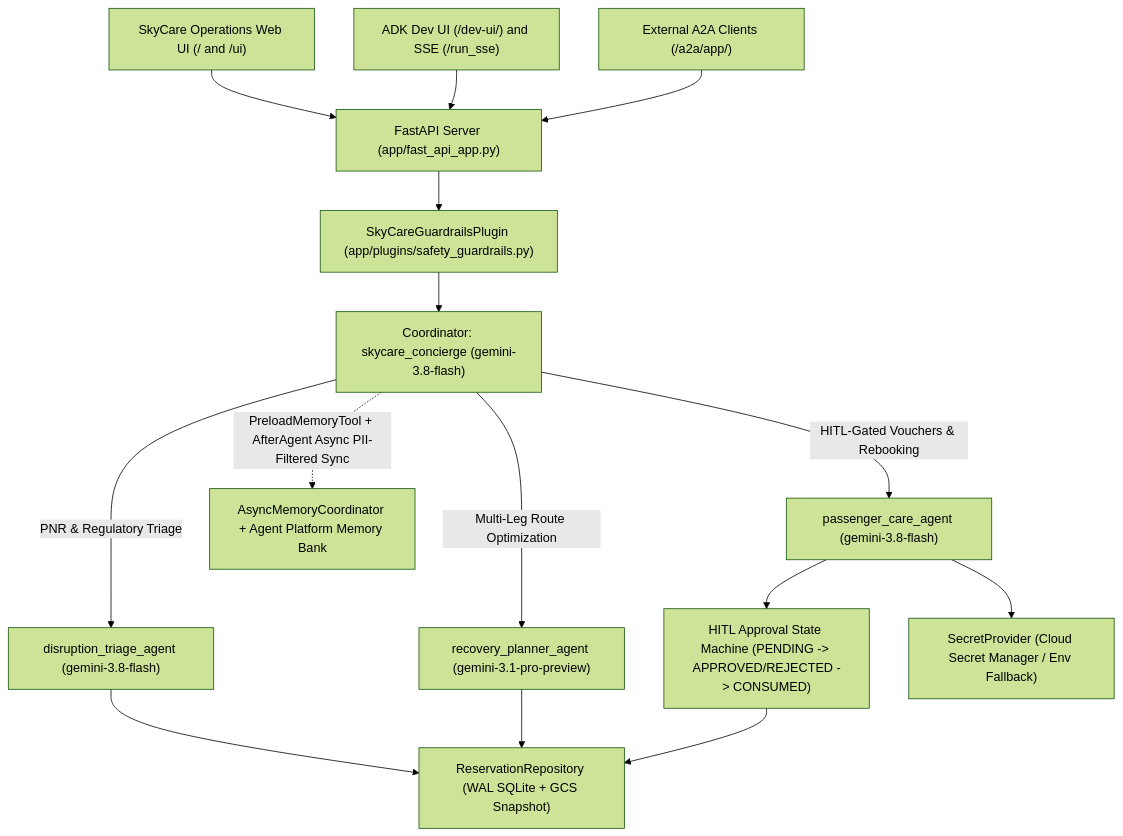
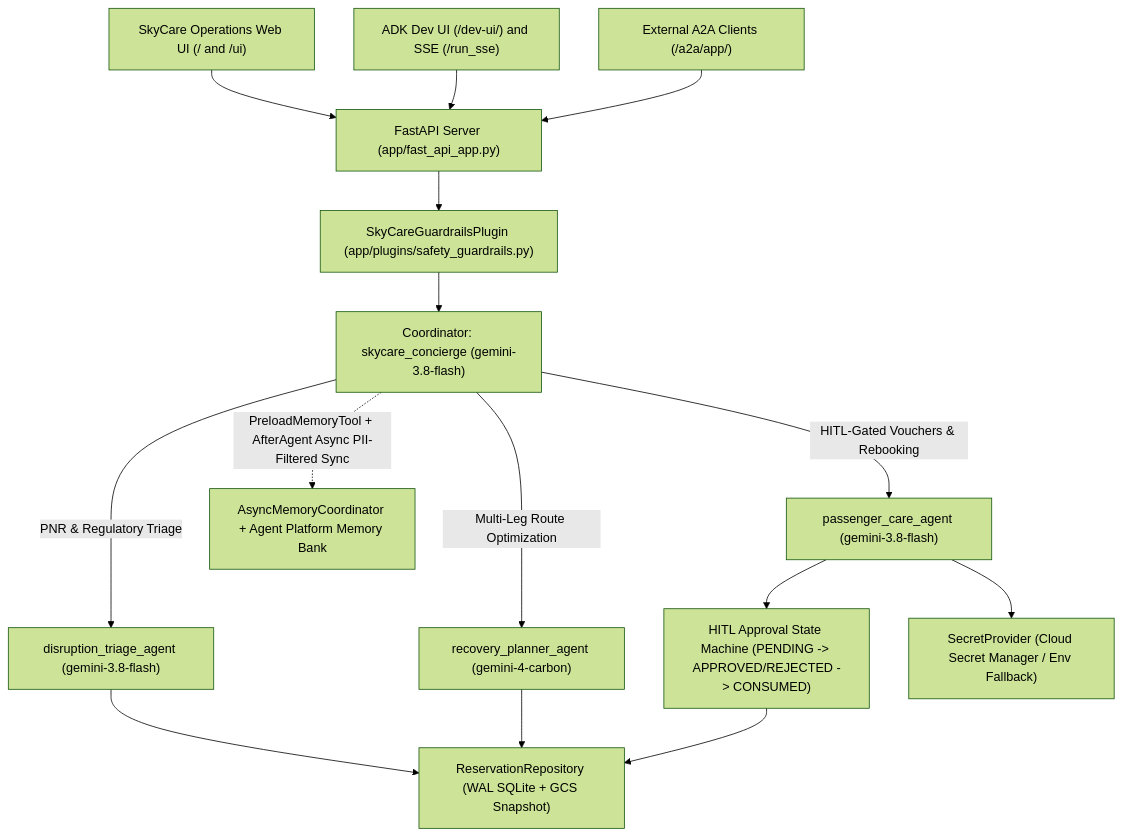
One commit to tpiaggio/skycare-concierge changed the first of 2 diagrams in docs/ARCHITECTURE.md. Above: the diagram before and after it, drawn with Mermaid (forest theme). The commit also changed other lines of this file and 9 other files, not shown here.

Commit message:
Upgrade Pro planner model from gemini-3.1-pro-preview to gemini-4-carbon

````diff
--- a/docs/ARCHITECTURE.md
+++ b/docs/ARCHITECTURE.md
@@ -7,20 +7,20 @@
 ```mermaid
 flowchart TB
     UI["SkyCare Operations Web UI (/ and /ui)"] --> API["FastAPI Server (app/fast_api_app.py)"]
     ADKUI["ADK Dev UI (/dev-ui/) and SSE (/run_sse)"] --> API
     A2A["External A2A Clients (/a2a/app/)"] --> API
 
     API --> Guard["SkyCareGuardrailsPlugin (app/plugins/safety_guardrails.py)"]
     Guard --> Root["Coordinator: skycare_concierge (gemini-3.8-flash)"]
 
     Root -->|"PNR & Regulatory Triage"| Triage["disruption_triage_agent (gemini-3.8-flash)"]
-    Root -->|"Multi-Leg Route Optimization"| Planner["recovery_planner_agent (gemini-3.1-pro-preview)"]
+    Root -->|"Multi-Leg Route Optimization"| Planner["recovery_planner_agent (gemini-4-carbon)"]
     Root -->|"HITL-Gated Vouchers & Rebooking"| Care["passenger_care_agent (gemini-3.8-flash)"]
 
     Root -.->|"PreloadMemoryTool + AfterAgent Async PII-Filtered Sync"| Mem["AsyncMemoryCoordinator + Agent Platform Memory Bank"]
     Triage --> Repo["ReservationRepository (WAL SQLite + GCS Snapshot)"]
     Planner --> Repo
     Care --> HITL["HITL Approval State Machine (PENDING -> APPROVED/REJECTED -> CONSUMED)"]
     HITL --> Repo
     Care --> Secrets["SecretProvider (Cloud Secret Manager / Env Fallback)"]
 ```
````
